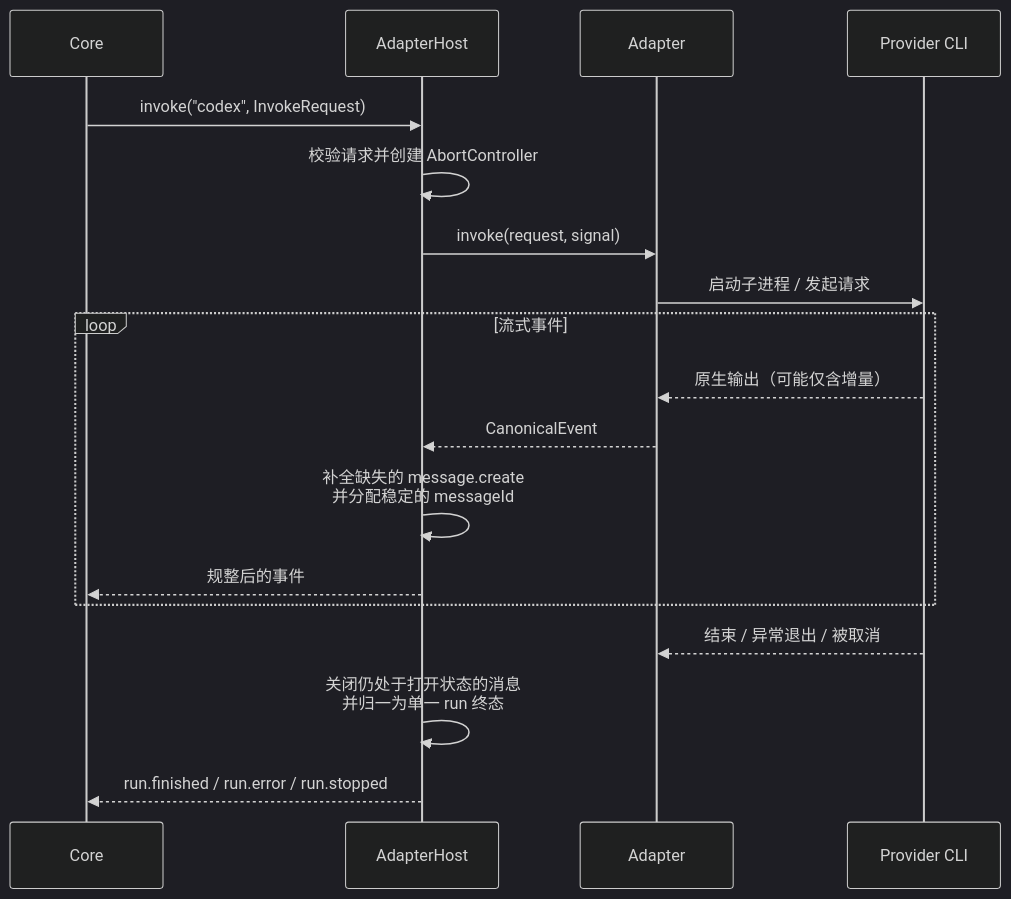
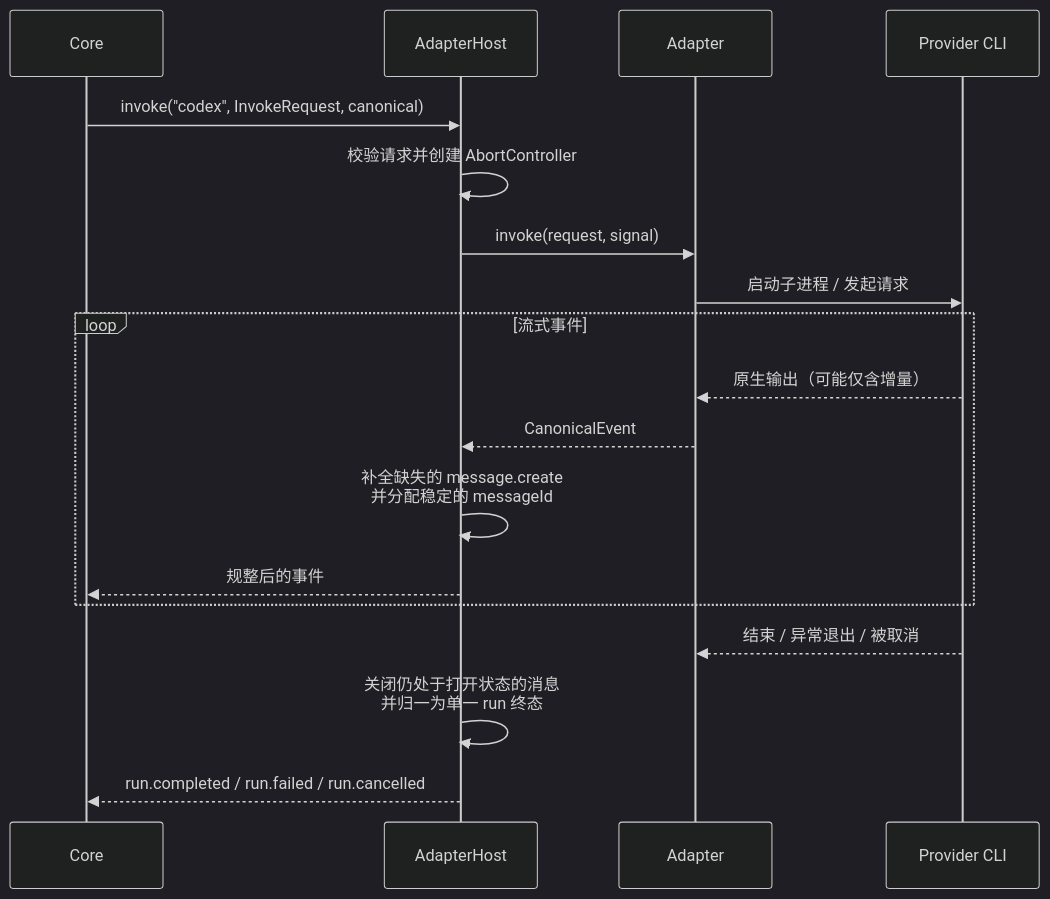
Before and after one commit to LarsonLian/octo-runtime: the diagram in packages/octo-harness-adapter-host/README.md, drawn with Mermaid (dark theme). The commit also changed other lines of this file and 46 other files, not shown here.

````diff
--- a/packages/octo-harness-adapter-host/README.md
+++ b/packages/octo-harness-adapter-host/README.md
@@ -17,23 +17,23 @@
 ```mermaid
 sequenceDiagram
     participant Core
     participant Host as AdapterHost
     participant Adapter
     participant CLI as Provider CLI
 
-    Core->>Host: invoke("codex", InvokeRequest)
+    Core->>Host: invoke("codex", InvokeRequest, canonical)
     Host->>Host: 校验请求并创建 AbortController
     Host->>Adapter: invoke(request, signal)
     Adapter->>CLI: 启动子进程 / 发起请求
 
     loop 流式事件
         CLI-->>Adapter: 原生输出（可能仅含增量）
         Adapter-->>Host: CanonicalEvent
         Host->>Host: 补全缺失的 message.create<br/>并分配稳定的 messageId
         Host-->>Core: 规整后的事件
     end
 
     CLI-->>Adapter: 结束 / 异常退出 / 被取消
     Host->>Host: 关闭仍处于打开状态的消息<br/>并归一为单一 run 终态
-    Host-->>Core: run.finished / run.error / run.stopped
+    Host-->>Core: run.completed / run.failed / run.cancelled
 ```
````
